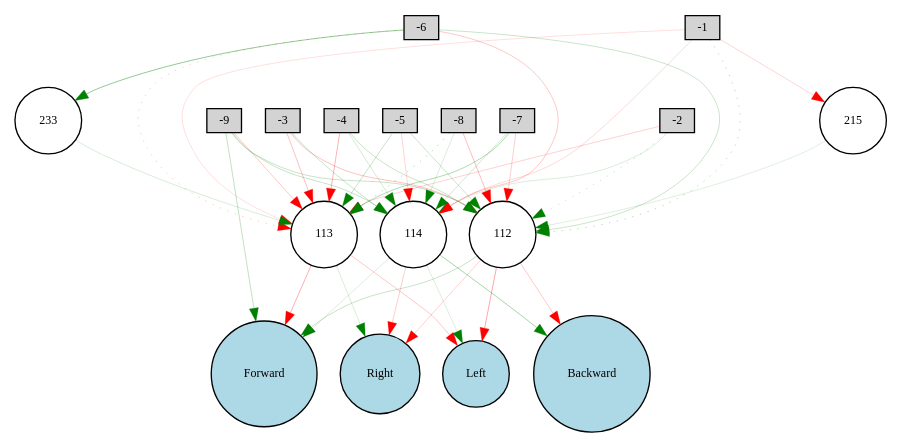
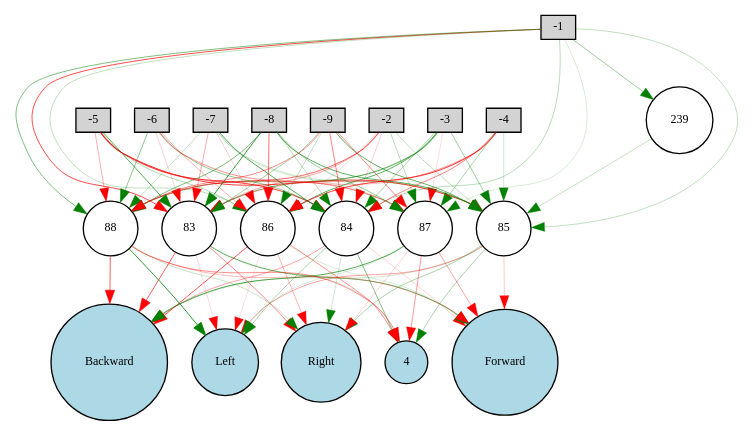
Before and after one commit to styyxofficial/Self-Driving-Car: the diagram in Digraph.gv, drawn with Graphviz. The commit also changed 7 other files, not shown here.

```diff
--- a/Digraph.gv
+++ b/Digraph.gv
@@ -1,64 +1,110 @@
 digraph {
 	node [fontsize=9 height=0.2 shape=circle width=0.2]
 	-1 [fillcolor=lightgray shape=box style=filled]
 	-2 [fillcolor=lightgray shape=box style=filled]
 	-3 [fillcolor=lightgray shape=box style=filled]
 	-4 [fillcolor=lightgray shape=box style=filled]
 	-5 [fillcolor=lightgray shape=box style=filled]
 	-6 [fillcolor=lightgray shape=box style=filled]
 	-7 [fillcolor=lightgray shape=box style=filled]
 	-8 [fillcolor=lightgray shape=box style=filled]
 	-9 [fillcolor=lightgray shape=box style=filled]
 	Forward [fillcolor=lightblue style=filled]
 	Backward [fillcolor=lightblue style=filled]
 	Left [fillcolor=lightblue style=filled]
 	Right [fillcolor=lightblue style=filled]
-	233 [fillcolor=white style=filled]
-	112 [fillcolor=white style=filled]
-	113 [fillcolor=white style=filled]
-	114 [fillcolor=white style=filled]
-	215 [fillcolor=white style=filled]
-	-1 -> 112 [color=green penwidth=0.20866846594810556 style=dotted]
-	-1 -> 113 [color=red penwidth=0.1044966944407075 style=solid]
-	-1 -> 114 [color=red penwidth=0.11969606240191616 style=solid]
-	-2 -> 112 [color=green penwidth=0.15648365343916598 style=dotted]
-	-2 -> 113 [color=red penwidth=0.13794062744418042 style=solid]
-	-2 -> 114 [color=green penwidth=0.10754964355686591 style=solid]
-	-3 -> 112 [color=red penwidth=0.18635632382568948 style=solid]
-	-3 -> 113 [color=red penwidth=0.185447542377215 style=solid]
-	-3 -> 114 [color=green penwidth=0.173136091731736 style=solid]
-	-4 -> 112 [color=green penwidth=0.16790392235090373 style=solid]
-	-4 -> 113 [color=red penwidth=0.22538861612516312 style=solid]
-	-4 -> 114 [color=green penwidth=0.12761590047888002 style=solid]
-	-5 -> 112 [color=green penwidth=0.1617756867794557 style=solid]
-	-5 -> 113 [color=green penwidth=0.17069357072242147 style=solid]
-	-5 -> 114 [color=red penwidth=0.12508821624730748 style=solid]
-	-6 -> 112 [color=green penwidth=0.159250864001932 style=solid]
-	-6 -> 113 [color=red penwidth=0.174064573908819 style=dotted]
-	-6 -> 114 [color=red penwidth=0.1728613630147797 style=solid]
-	-7 -> 112 [color=red penwidth=0.15233872030625012 style=solid]
-	-7 -> 113 [color=green penwidth=0.22728331173507146 style=solid]
-	-7 -> 114 [color=green penwidth=0.13761924213545756 style=solid]
-	-8 -> 112 [color=red penwidth=0.19597533867394873 style=solid]
-	-8 -> 113 [color=green penwidth=0.24407675995650524 style=dotted]
-	-8 -> 114 [color=green penwidth=0.12386566550172581 style=solid]
-	-9 -> 112 [color=green penwidth=0.1680343863738109 style=solid]
-	-9 -> 113 [color=red penwidth=0.16992342626672274 style=solid]
-	-9 -> 114 [color=green penwidth=0.17340711964029976 style=solid]
-	112 -> Forward [color=green penwidth=0.1711875882302265 style=solid]
-	112 -> Backward [color=red penwidth=0.17349450146267942 style=solid]
-	112 -> Left [color=red penwidth=0.26175872850913967 style=solid]
-	112 -> Right [color=red penwidth=0.14438759927762332 style=solid]
-	113 -> Forward [color=red penwidth=0.24371107349309257 style=solid]
-	113 -> Left [color=red penwidth=0.1655099615631465 style=solid]
-	113 -> Right [color=green penwidth=0.11742024385412989 style=solid]
-	114 -> Forward [color=green penwidth=0.11005145600148013 style=solid]
-	114 -> Backward [color=green penwidth=0.257665177777993 style=solid]
-	114 -> Left [color=green penwidth=0.10933718868360477 style=solid]
-	114 -> Right [color=red penwidth=0.1514841196534501 style=solid]
-	-1 -> 215 [color=red penwidth=0.12596383234400865 style=solid]
-	215 -> 112 [color=green penwidth=0.1015052077353284 style=solid]
-	-6 -> 233 [color=green penwidth=0.3171205070051949 style=solid]
-	233 -> 113 [color=green penwidth=0.12089176647592542 style=solid]
-	-9 -> Forward [color=green penwidth=0.1797961317010031 style=solid]
+	4 [fillcolor=lightblue style=filled]
+	239 [fillcolor=white style=filled]
+	83 [fillcolor=white style=filled]
+	84 [fillcolor=white style=filled]
+	85 [fillcolor=white style=filled]
+	86 [fillcolor=white style=filled]
+	87 [fillcolor=white style=filled]
+	88 [fillcolor=white style=filled]
+	-1 -> 83 [color=red penwidth=0.5250236796358272 style=solid]
+	-1 -> 84 [color=green penwidth=0.2143886536461604 style=solid]
+	-1 -> 85 [color=green penwidth=0.19111665819042054 style=solid]
+	-1 -> 86 [color=green penwidth=0.18723316651729383 style=solid]
+	-1 -> 87 [color=green penwidth=0.11577064008207519 style=solid]
+	-1 -> 88 [color=green penwidth=0.38222092566343935 style=solid]
+	-2 -> 83 [color=red penwidth=0.2820198288235719 style=solid]
+	-2 -> 84 [color=red penwidth=0.15210119255117577 style=solid]
+	-2 -> 85 [color=green penwidth=0.193991478742453 style=solid]
+	-2 -> 86 [color=red penwidth=0.11682121758502546 style=solid]
+	-2 -> 87 [color=green penwidth=0.2078214668242485 style=solid]
+	-2 -> 88 [color=red penwidth=0.4622006257864153 style=solid]
+	-3 -> 83 [color=green penwidth=0.4082732316901948 style=solid]
+	-3 -> 84 [color=green penwidth=0.26466522753824284 style=solid]
+	-3 -> 85 [color=green penwidth=0.28734974476556263 style=solid]
+	-3 -> 86 [color=green penwidth=0.4677561989970438 style=solid]
+	-3 -> 87 [color=red penwidth=0.10173663751536141 style=solid]
+	-3 -> 88 [color=green penwidth=0.22167452951391936 style=solid]
+	-4 -> 83 [color=red penwidth=0.2071274720170078 style=solid]
+	-4 -> 84 [color=red penwidth=0.36929242502848847 style=solid]
+	-4 -> 85 [color=green penwidth=0.1391851909971892 style=solid]
+	-4 -> 86 [color=red penwidth=0.5602129550173753 style=solid]
+	-4 -> 87 [color=green penwidth=0.2489393369377225 style=solid]
+	-4 -> 88 [color=red penwidth=0.18527731761664323 style=solid]
+	-5 -> 83 [color=green penwidth=0.49947582223634246 style=solid]
+	-5 -> 84 [color=red penwidth=0.5797459481931881 style=solid]
+	-5 -> 85 [color=red penwidth=0.5646134536011869 style=solid]
+	-5 -> 86 [color=green penwidth=0.23589240226901778 style=solid]
+	-5 -> 87 [color=red penwidth=0.24554531383884023 style=solid]
+	-5 -> 88 [color=red penwidth=0.238362573600126 style=solid]
+	-6 -> 83 [color=red penwidth=0.13987470848181588 style=solid]
+	-6 -> 84 [color=green penwidth=0.3384562656503368 style=solid]
+	-6 -> 85 [color=red penwidth=0.10824595623502878 style=solid]
+	-6 -> 86 [color=red penwidth=0.240697931678668 style=solid]
+	-6 -> 87 [color=red penwidth=0.26364048335811174 style=solid]
+	-6 -> 88 [color=green penwidth=0.3413164021172629 style=solid]
+	-7 -> 83 [color=red penwidth=0.24654731111035158 style=solid]
+	-7 -> 84 [color=green penwidth=0.5148817834007301 style=solid]
+	-7 -> 85 [color=green penwidth=0.1617901991966183 style=solid]
+	-7 -> 86 [color=red penwidth=0.14754020751008562 style=solid]
+	-7 -> 87 [color=green penwidth=0.1310333453299071 style=solid]
+	-7 -> 88 [color=green penwidth=0.17758530717963666 style=solid]
+	-8 -> 83 [color=green penwidth=0.5672549980958722 style=solid]
+	-8 -> 84 [color=green penwidth=0.20951213513440464 style=solid]
+	-8 -> 85 [color=green penwidth=0.4711123405143093 style=solid]
+	-8 -> 86 [color=red penwidth=0.4271884193940343 style=solid]
+	-8 -> 87 [color=green penwidth=0.3149223023663912 style=solid]
+	-8 -> 88 [color=green penwidth=0.37747617167491676 style=solid]
+	-9 -> 83 [color=green penwidth=0.2754734293152399 style=solid]
+	-9 -> 84 [color=red penwidth=0.37285983706527404 style=solid]
+	-9 -> 85 [color=green penwidth=0.4485402374004974 style=solid]
+	-9 -> 86 [color=green penwidth=0.19432631676659518 style=solid]
+	-9 -> 87 [color=red penwidth=0.35328869856351064 style=solid]
+	-9 -> 88 [color=red penwidth=0.34095832506415746 style=solid]
+	83 -> Forward [color=green penwidth=0.43479943710131985 style=solid]
+	83 -> Backward [color=red penwidth=0.4715466388577334 style=solid]
+	83 -> Left [color=red penwidth=0.10807377728439123 style=solid]
+	83 -> Right [color=red penwidth=0.35165165548195776 style=solid]
+	83 -> 4 [color=green penwidth=0.12217733584483578 style=solid]
+	84 -> Forward [color=red penwidth=0.13977964660976427 style=solid]
+	84 -> Backward [color=red penwidth=0.26505718222662866 style=solid]
+	84 -> Left [color=green penwidth=0.24716508580646923 style=solid]
+	84 -> Right [color=green penwidth=0.14866688401758066 style=solid]
+	84 -> 4 [color=green penwidth=0.3586726173042225 style=solid]
+	85 -> Forward [color=red penwidth=0.17325777135288528 style=solid]
+	85 -> Backward [color=green penwidth=0.1466831521600101 style=solid]
+	85 -> Left [color=red penwidth=0.2769440031433541 style=solid]
+	85 -> Right [color=green penwidth=0.2575933407207057 style=solid]
+	85 -> 4 [color=green penwidth=0.2469913957253005 style=solid]
+	86 -> Forward [color=green penwidth=0.12241376727113956 style=solid]
+	86 -> Backward [color=red penwidth=0.5024701024698325 style=solid]
+	86 -> Left [color=red penwidth=0.10359606325651968 style=solid]
+	86 -> Right [color=red penwidth=0.22159796094370904 style=solid]
+	86 -> 4 [color=red penwidth=0.3293214247975449 style=solid]
+	87 -> Forward [color=red penwidth=0.2746522866767409 style=solid]
+	87 -> Backward [color=green penwidth=0.5020979555108428 style=solid]
+	87 -> Left [color=green penwidth=0.12179161112172579 style=solid]
+	87 -> Right [color=red penwidth=0.13845282616613414 style=solid]
+	87 -> 4 [color=red penwidth=0.30406007981576916 style=solid]
+	88 -> Forward [color=red penwidth=0.20532384139817572 style=solid]
+	88 -> Backward [color=red penwidth=0.47974236655164193 style=solid]
+	88 -> Left [color=green penwidth=0.6089779731829846 style=solid]
+	88 -> Right [color=green penwidth=0.1666049274607929 style=solid]
+	88 -> 4 [color=red penwidth=0.3261952364605547 style=solid]
+	-1 -> 239 [color=green penwidth=0.30000000000000004 style=solid]
+	239 -> 85 [color=green penwidth=0.1825054382059005 style=solid]
 }
```
